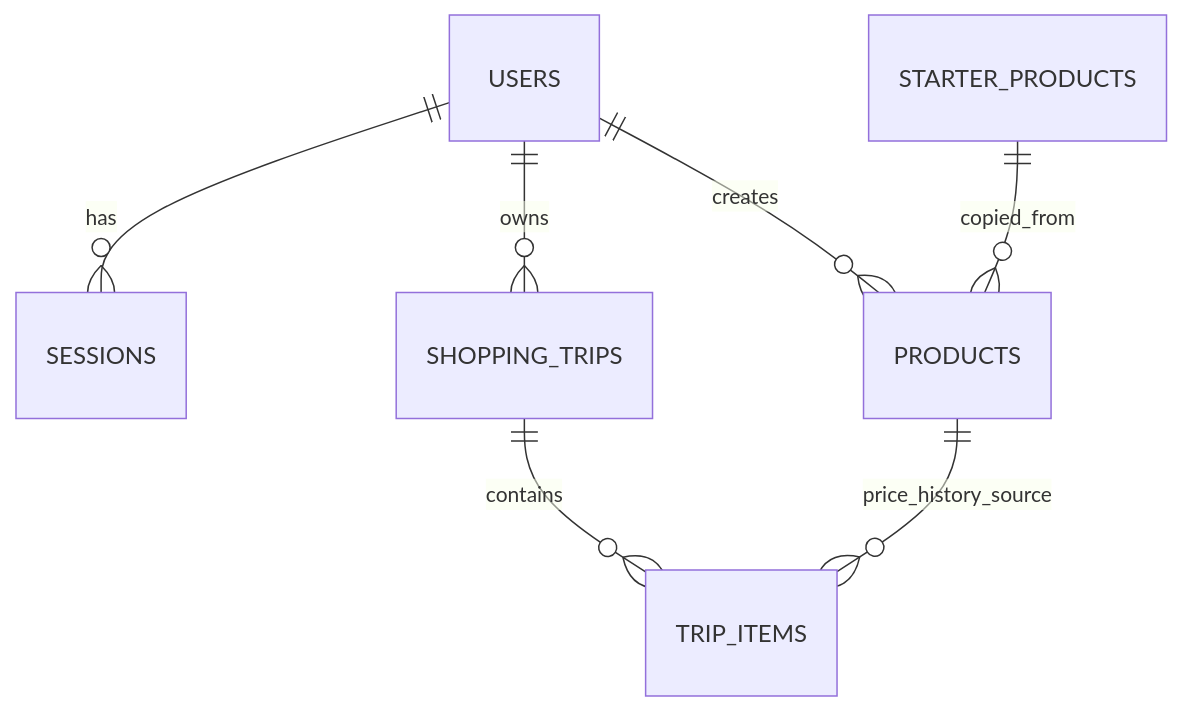
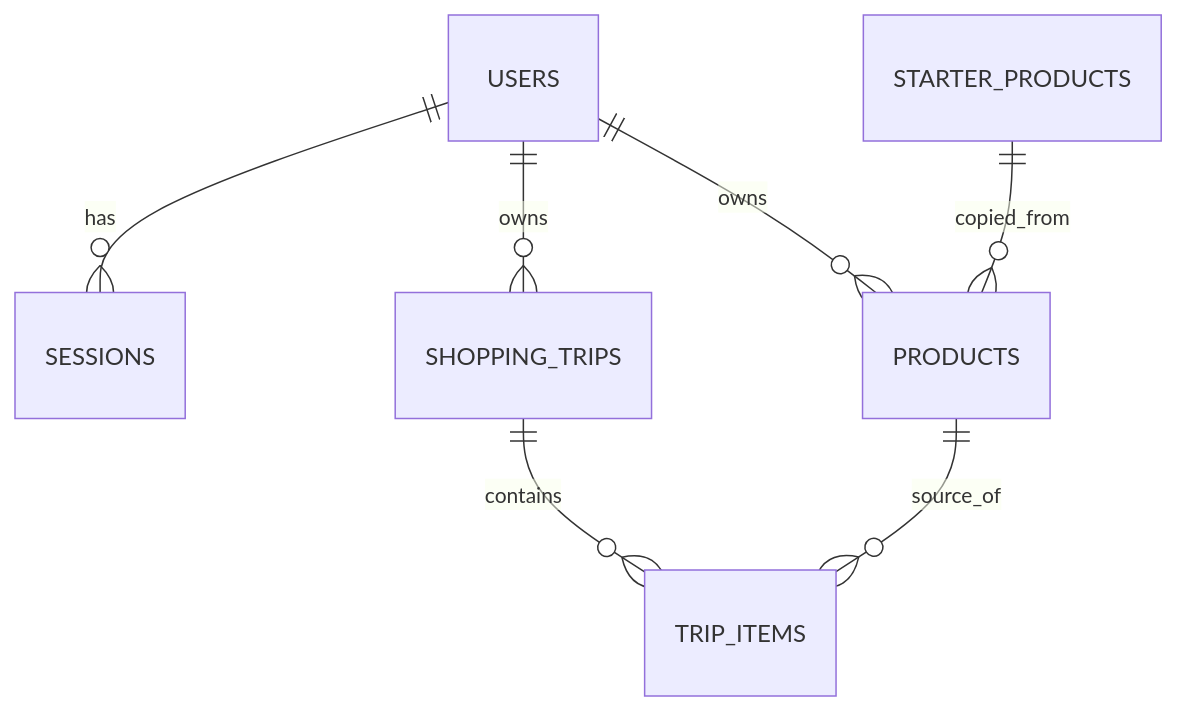
One commit to EJhayGit/CartCheck changed the second of 2 diagrams in docs/architecture/SYSTEM_DESIGN.md. Above: the diagram before and after it, drawn with Mermaid. The commit also changed other lines of this file and 87 other files, not shown here.

````diff
--- a/docs/architecture/SYSTEM_DESIGN.md
+++ b/docs/architecture/SYSTEM_DESIGN.md
@@ -50,9 +55,9 @@
 ```mermaid
 erDiagram
     USERS ||--o{ SESSIONS : has
+    USERS ||--o{ PRODUCTS : owns
     USERS ||--o{ SHOPPING_TRIPS : owns
-    USERS ||--o{ PRODUCTS : creates
     STARTER_PRODUCTS ||--o{ PRODUCTS : copied_from
     SHOPPING_TRIPS ||--o{ TRIP_ITEMS : contains
-    PRODUCTS ||--o{ TRIP_ITEMS : price_history_source
+    PRODUCTS ||--o{ TRIP_ITEMS : source_of
 ```
````
